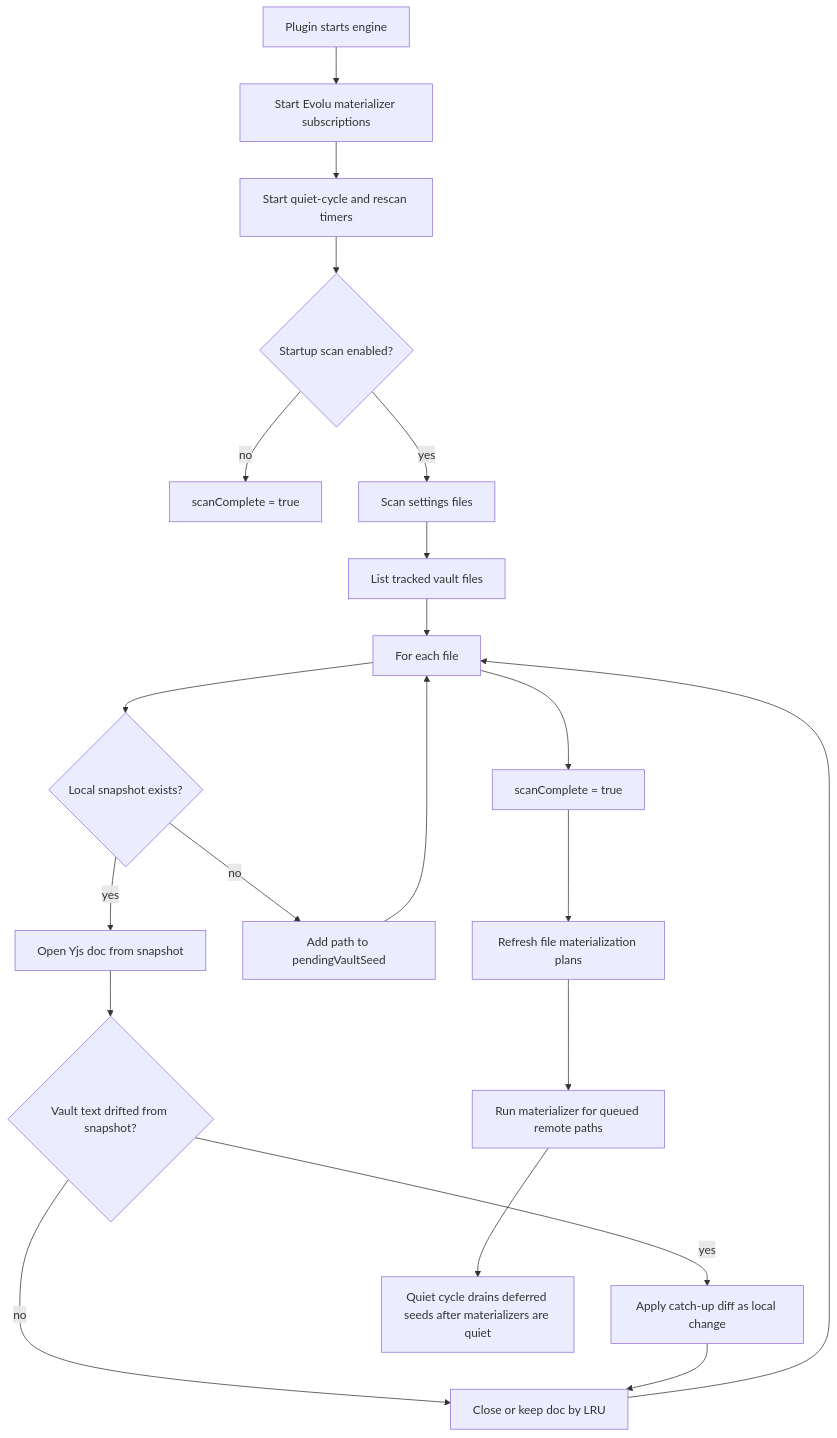
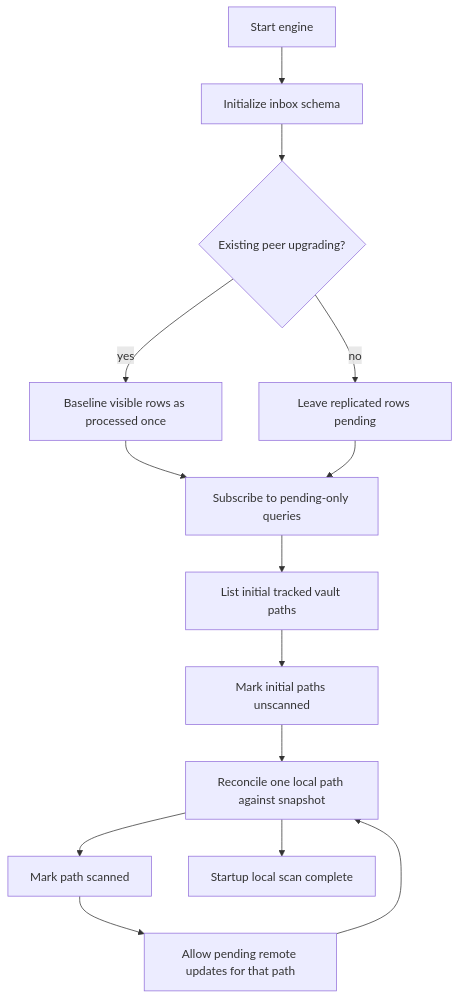
The second of 4 diagrams in docs/sync-flow.md (elcomtik/obsidian-local-sync), drawn with Mermaid before and after one commit. The commit also changed other lines of this file and 15 other files, not shown here.

````diff
--- a/docs/sync-flow.md
+++ b/docs/sync-flow.md
@@ -8,23 +32,16 @@
 ```mermaid
 flowchart TD
-  A[Plugin starts engine] --> B[Start Evolu materializer subscriptions]
-  B --> C[Start quiet-cycle and rescan timers]
-  C --> D{Startup scan enabled?}
-  D -- no --> E[scanComplete = true]
-  D -- yes --> F[Scan settings files]
-  F --> G[List tracked vault files]
-  G --> H[For each file]
-  H --> I{Local snapshot exists?}
-  I -- yes --> J[Open Yjs doc from snapshot]
-  J --> K{Vault text drifted from snapshot?}
-  K -- yes --> L[Apply catch-up diff as local change]
-  K -- no --> M[Close or keep doc by LRU]
-  L --> M
-  I -- no --> N[Add path to pendingVaultSeed]
-  M --> H
-  N --> H
-  H --> O[scanComplete = true]
-  O --> P[Refresh file materialization plans]
-  P --> Q[Run materializer for queued remote paths]
-  Q --> R[Quiet cycle drains deferred seeds after materializers are quiet]
+  A[Start engine] --> B[Initialize inbox schema]
+  B --> C{Existing peer upgrading?}
+  C -- yes --> D[Baseline visible rows as processed once]
+  C -- no --> E[Leave replicated rows pending]
+  D --> F[Subscribe to pending-only queries]
+  E --> F
+  F --> G[List initial tracked vault paths]
+  G --> H[Mark initial paths unscanned]
+  H --> I[Reconcile one local path against snapshot]
+  I --> J[Mark path scanned]
+  J --> K[Allow pending remote updates for that path]
+  K --> I
+  I --> L[Startup local scan complete]
 ```
````
